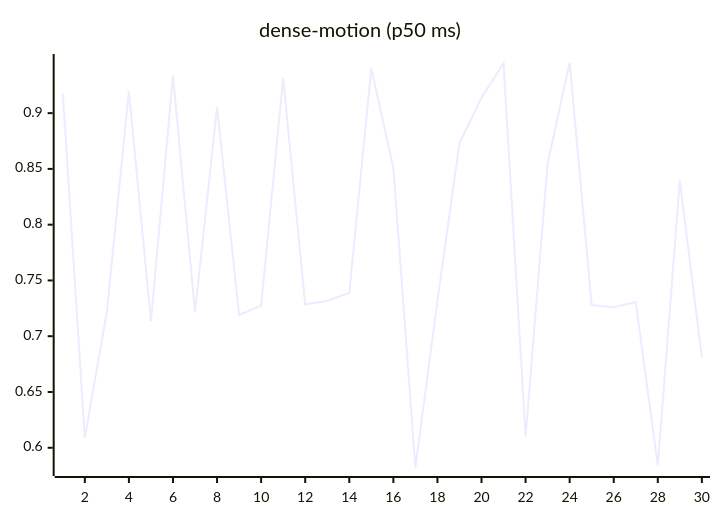
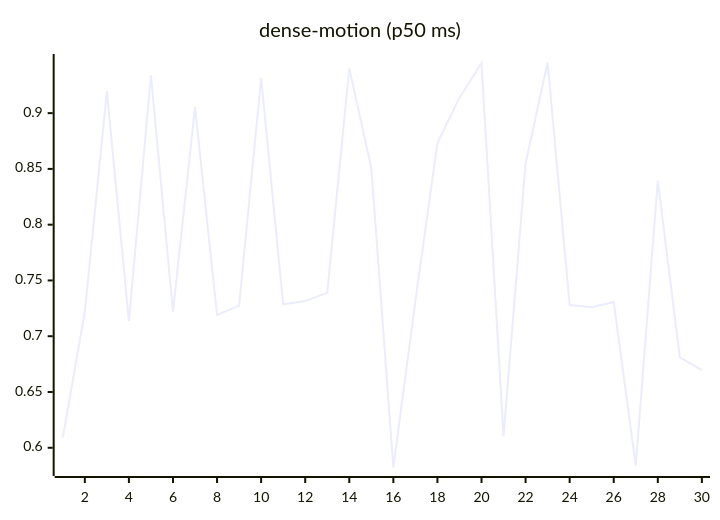
The ninth of 27 diagrams in README.md (josha/Facet), drawn with Mermaid before and after one commit. The commit also changed other lines of this file and 2 other files, not shown here.

````diff
--- a/README.md
+++ b/README.md
@@ -119,6 +119,6 @@
 ```mermaid
 xychart-beta
     title "dense-motion (p50 ms)"
     x-axis 1 --> 30
-    line [0.9177, 0.6090, 0.7219, 0.9196, 0.7134, 0.9338, 0.7216, 0.9055, 0.7190, 0.7274, 0.9314, 0.7286, 0.7316, 0.7389, 0.9402, 0.8508, 0.5823, 0.7317, 0.8731, 0.9139, 0.9448, 0.6101, 0.8549, 0.9454, 0.7280, 0.7259, 0.7307, 0.5841, 0.8396, 0.6811]
+    line [0.6090, 0.7219, 0.9196, 0.7134, 0.9338, 0.7216, 0.9055, 0.7190, 0.7274, 0.9314, 0.7286, 0.7316, 0.7389, 0.9402, 0.8508, 0.5823, 0.7317, 0.8731, 0.9139, 0.9448, 0.6101, 0.8549, 0.9454, 0.7280, 0.7259, 0.7307, 0.5841, 0.8396, 0.6811, 0.6696]
 ```
````
